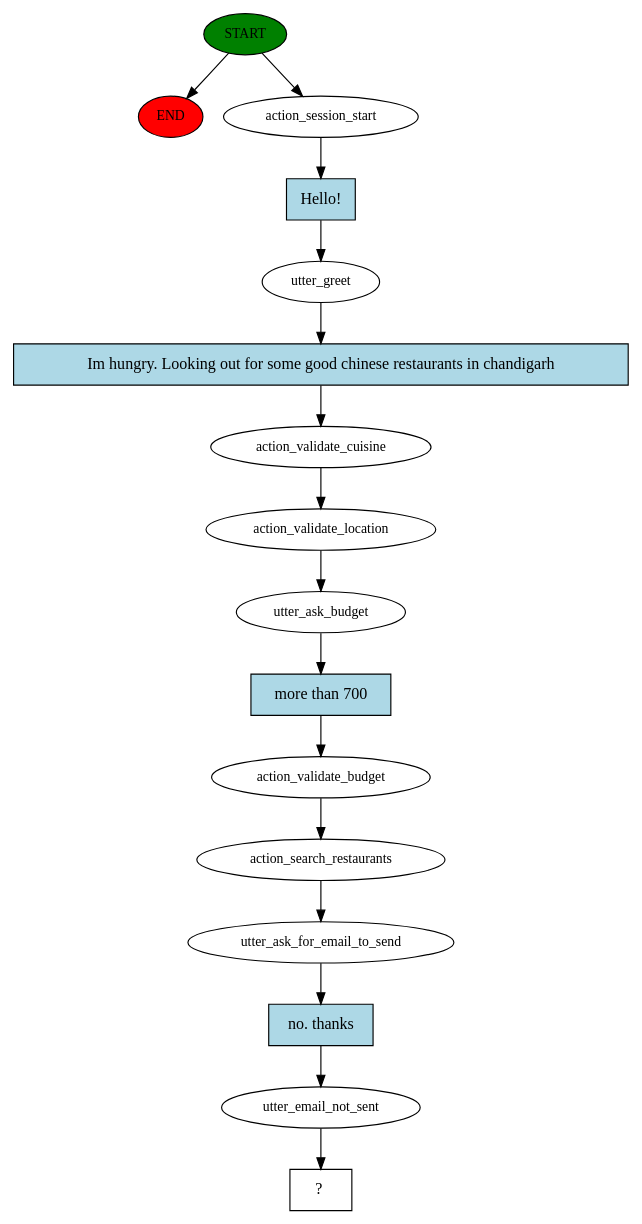
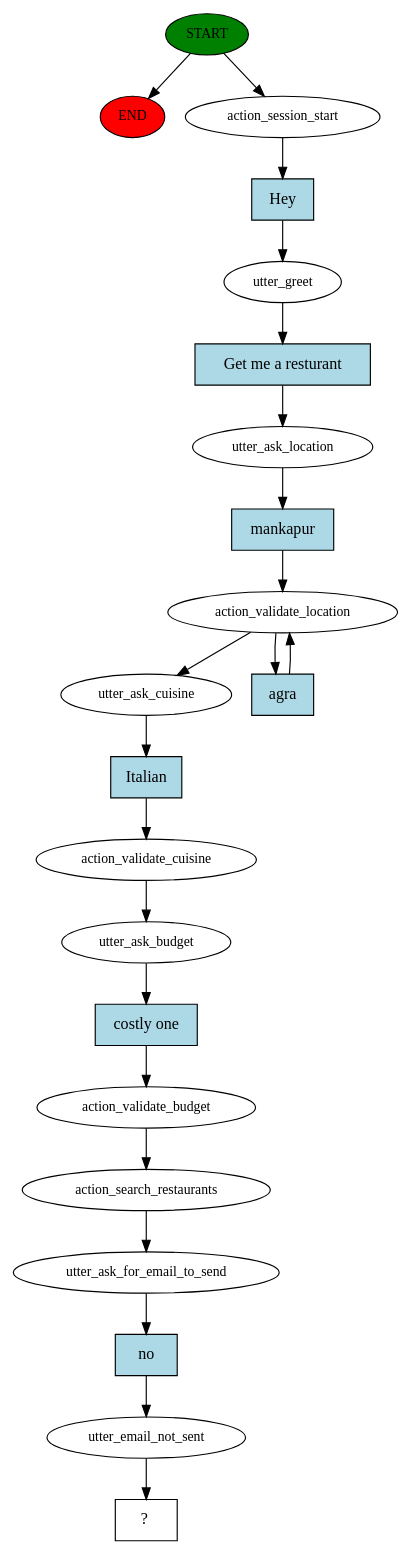
One commit to Ankursrivastavaaa/ChatBot changed the diagram in story_graph.dot. Above: the diagram before and after it, drawn with Graphviz. The commit also changed 4 other files, not shown here.

```diff
--- a/story_graph.dot
+++ b/story_graph.dot
@@ -1,33 +1,44 @@
 digraph  {
 0 [class="start active", fillcolor=green, fontsize=12, label=START, style=filled];
 "-1" [class=end, fillcolor=red, fontsize=12, label=END, style=filled];
 1 [class=active, fontsize=12, label=action_session_start];
 2 [class=active, fontsize=12, label=utter_greet];
-3 [class=active, fontsize=12, label=action_validate_cuisine];
+3 [class=active, fontsize=12, label=utter_ask_location];
 4 [class=active, fontsize=12, label=action_validate_location];
-5 [class=active, fontsize=12, label=utter_ask_budget];
-6 [class=active, fontsize=12, label=action_validate_budget];
-7 [class=active, fontsize=12, label=action_search_restaurants];
-8 [class=active, fontsize=12, label=utter_ask_for_email_to_send];
-9 [class=active, fontsize=12, label=utter_email_not_sent];
-10 [class="intent dashed active", label="  ?  ", shape=rect];
-11 [class="intent active", fillcolor=lightblue, label="Hello!", shape=rect, style=filled];
-12 [class="intent active", fillcolor=lightblue, label="Im hungry. Looking out for some good chinese restaurants in chandigarh", shape=rect, style=filled];
-13 [class="intent active", fillcolor=lightblue, label="more than 700", shape=rect, style=filled];
-14 [class="intent active", fillcolor=lightblue, label="no. thanks", shape=rect, style=filled];
+6 [class=active, fontsize=12, label=utter_ask_cuisine];
+7 [class=active, fontsize=12, label=action_validate_cuisine];
+8 [class=active, fontsize=12, label=utter_ask_budget];
+9 [class=active, fontsize=12, label=action_validate_budget];
+10 [class=active, fontsize=12, label=action_search_restaurants];
+11 [class=active, fontsize=12, label=utter_ask_for_email_to_send];
+12 [class=active, fontsize=12, label=utter_email_not_sent];
+13 [class="intent dashed active", label="  ?  ", shape=rect];
+14 [class="intent active", fillcolor=lightblue, label=Hey, shape=rect, style=filled];
+15 [class="intent active", fillcolor=lightblue, label="Get me a resturant", shape=rect, style=filled];
+16 [class="intent active", fillcolor=lightblue, label=mankapur, shape=rect, style=filled];
+17 [class="intent active", fillcolor=lightblue, label=agra, shape=rect, style=filled];
+18 [class="intent active", fillcolor=lightblue, label=Italian, shape=rect, style=filled];
+19 [class="intent active", fillcolor=lightblue, label="costly one", shape=rect, style=filled];
+20 [class="intent active", fillcolor=lightblue, label=no, shape=rect, style=filled];
 0 -> "-1"  [class="", key=NONE, label=""];
 0 -> 1  [class=active, key=NONE, label=""];
-1 -> 11  [class=active, key=0];
-2 -> 12  [class=active, key=0];
-3 -> 4  [class=active, key=NONE, label=""];
-4 -> 5  [class=active, key=NONE, label=""];
-5 -> 13  [class=active, key=0];
-6 -> 7  [class=active, key=NONE, label=""];
+1 -> 14  [class=active, key=0];
+2 -> 15  [class=active, key=0];
+3 -> 16  [class=active, key=0];
+4 -> 6  [class=active, key=NONE, label=""];
+4 -> 17  [class=active, key=0];
+6 -> 18  [class=active, key=0];
 7 -> 8  [class=active, key=NONE, label=""];
-8 -> 14  [class=active, key=0];
+8 -> 19  [class=active, key=0];
 9 -> 10  [class=active, key=NONE, label=""];
-11 -> 2  [class=active, key=0];
-12 -> 3  [class=active, key=0];
-13 -> 6  [class=active, key=0];
-14 -> 9  [class=active, key=0];
+10 -> 11  [class=active, key=NONE, label=""];
+11 -> 20  [class=active, key=0];
+12 -> 13  [class=active, key=NONE, label=""];
+14 -> 2  [class=active, key=0];
+15 -> 3  [class=active, key=0];
+16 -> 4  [class=active, key=0];
+17 -> 4  [class=active, key=0];
+18 -> 7  [class=active, key=0];
+19 -> 9  [class=active, key=0];
+20 -> 12  [class=active, key=0];
 }
```
